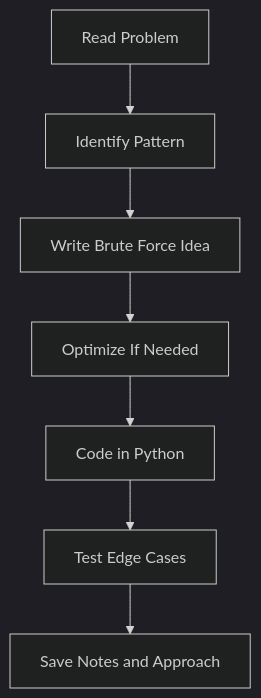
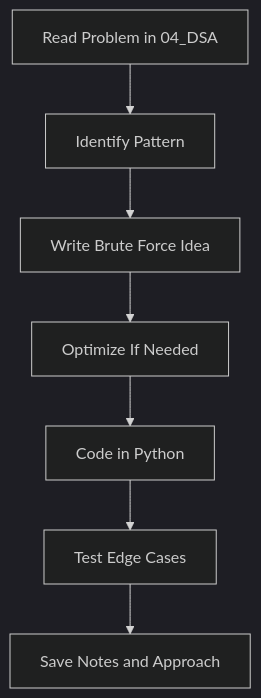
Before and after one commit to ArnavRajDas/Programming-in-Python: the sixth of 8 diagrams in README.md, drawn with Mermaid (dark theme). The commit also changed other lines of this file and 1 other file, not shown here.

Commit message:
Redesign README structure and repository architecture and add Assets folder

````diff
--- a/README.md
+++ b/README.md
@@ -471,9 +391,9 @@
 ```mermaid
 flowchart TD
-	A[Read Problem] --> B[Identify Pattern]
+	A[Read Problem in 04_DSA] --> B[Identify Pattern]
 	B --> C[Write Brute Force Idea]
 	C --> D[Optimize If Needed]
 	D --> E[Code in Python]
 	E --> F[Test Edge Cases]
 	F --> G[Save Notes and Approach]
 ```
````
